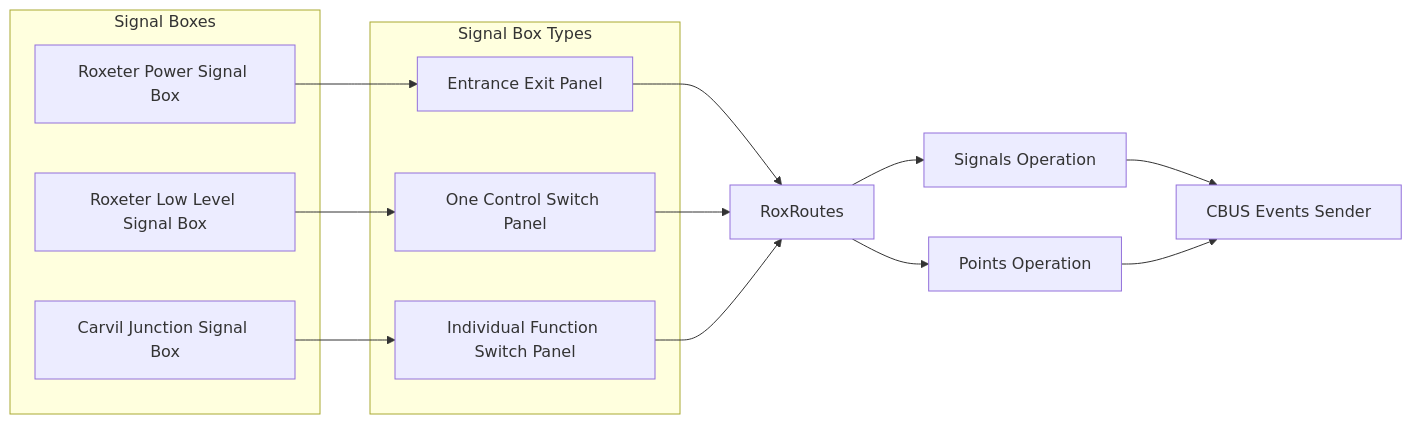
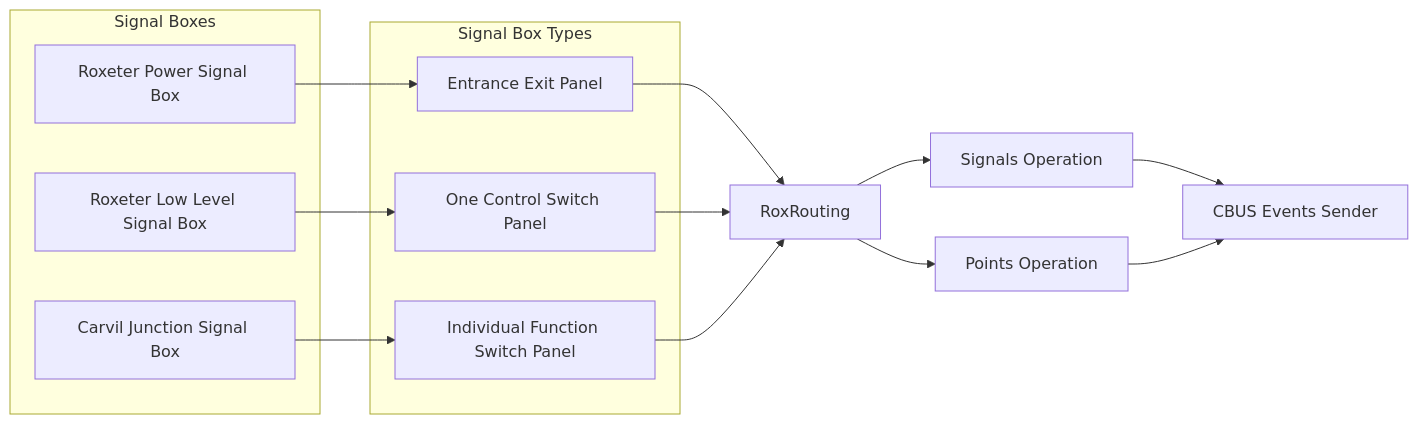
Before and after one commit to NickLocke/RoxeterModelRailway: the diagram in ArduinoLibraries/README.md, drawn with Mermaid. The commit also changed other lines of this file and 7 other files, not shown here.

```diff
--- a/ArduinoLibraries/README.md
+++ b/ArduinoLibraries/README.md
@@ -7,34 +7,34 @@
 <div class="mermaid">
 flowchart LR
 
     subgraph "Signal Boxes"
       RoxeterPSB[Roxeter Power Signal Box]
       RoxeterLL[Roxeter Low Level Signal Box]
       CarvilJunction[Carvil Junction Signal Box]
     end
 
     subgraph "Signal Box Types"
       IFSpanel[Individual Function Switch Panel]
       OCSpanel[One Control Switch Panel]
       NXpanel[Entrance Exit Panel]
     end
 
     RoxSignals[Signals Operation]
     RoxPoints[Points Operation]
     RoxEventSender[CBUS Events Sender]
 
     RoxeterPSB --> NXpanel
     RoxeterLL --> OCSpanel
     CarvilJunction --> IFSpanel
 
-    NXpanel --> RoxRoutes
-    OCSpanel --> RoxRoutes
-    IFSpanel --> RoxRoutes
+    NXpanel --> RoxRouting
+    OCSpanel --> RoxRouting
+    IFSpanel --> RoxRouting
 
-    RoxRoutes --> RoxSignals
+    RoxRouting --> RoxSignals
 
-    RoxRoutes --> RoxPoints
+    RoxRouting --> RoxPoints
 
     RoxSignals --> RoxEventSender
     RoxPoints --> RoxEventSender
 </div>
```
